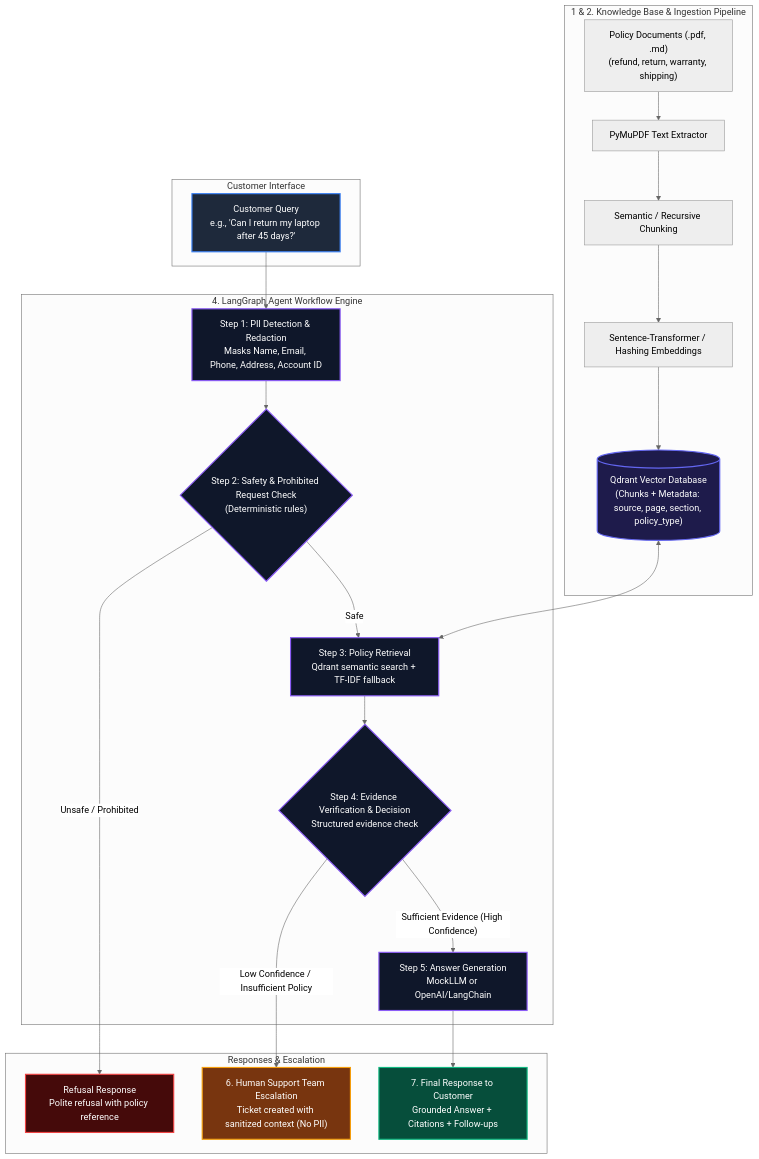
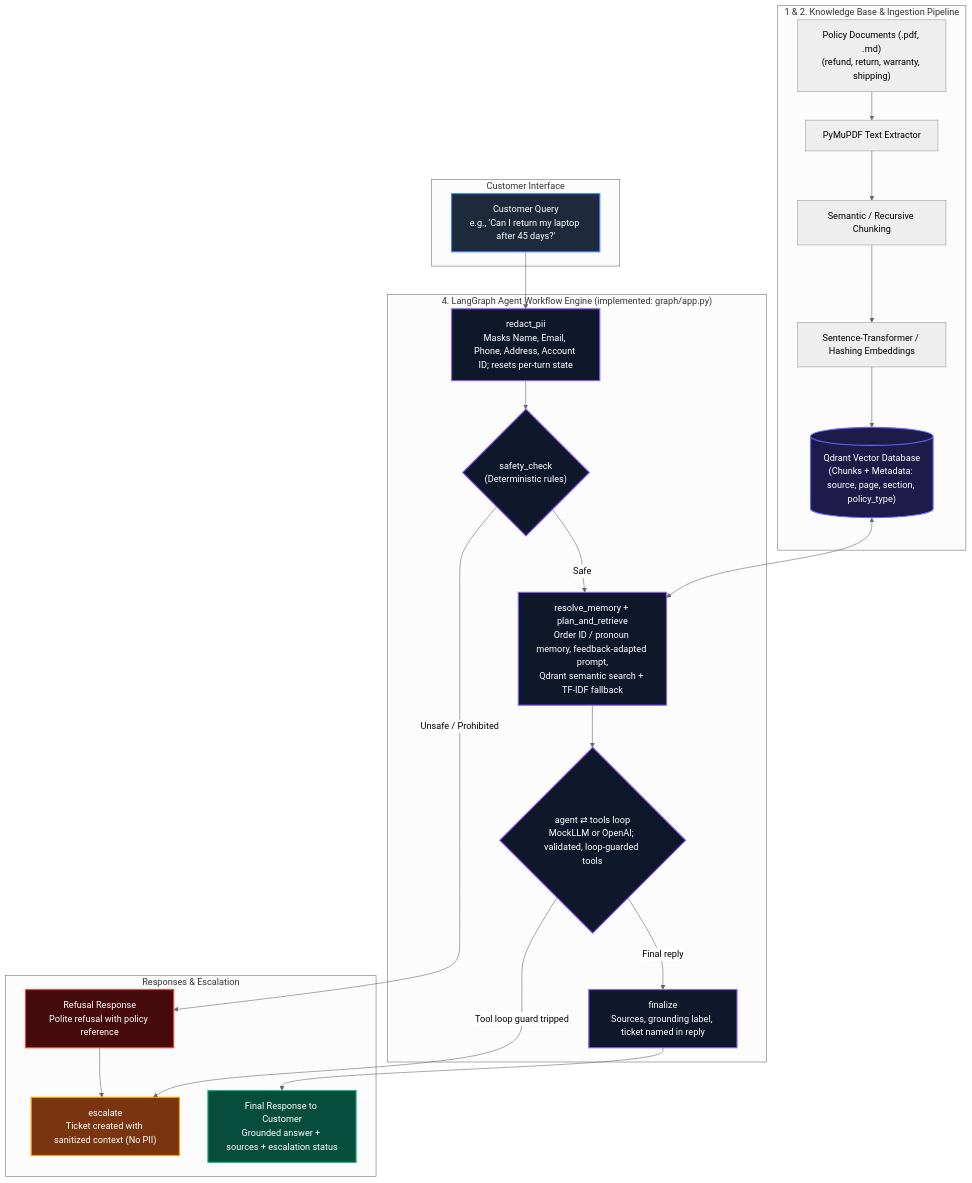
The first of 2 diagrams in capstone_project/docs/architecture_blueprint.md (Ramki2018/CustomerSupportAgent), drawn with Mermaid (neutral theme) before and after one commit. The commit also changed other lines of this file and 27 other files, not shown here.

````diff
--- a/capstone_project/docs/architecture_blueprint.md
+++ b/capstone_project/docs/architecture_blueprint.md
@@ -33,48 +33,49 @@
 ```mermaid
 flowchart TD
     %% Styling
     classDef inputStyle fill:#1e293b,stroke:#3b82f6,stroke-width:2px,color:#fff;
     classDef graphNode fill:#0f172a,stroke:#8b5cf6,stroke-width:2px,color:#fff;
     classDef safetyNode fill:#450a0a,stroke:#ef4444,stroke-width:2px,color:#fff;
     classDef dbStyle fill:#1e1b4b,stroke:#6366f1,stroke-width:2px,color:#fff;
     classDef successNode fill:#064e3b,stroke:#10b981,stroke-width:2px,color:#fff;
     classDef escNode fill:#78350f,stroke:#f59e0b,stroke-width:2px,color:#fff;
 
     subgraph Document_Ingestion ["1 & 2. Knowledge Base & Ingestion Pipeline"]
         PDFs["Policy Documents (.pdf, .md)\n(refund, return, warranty, shipping)"] --> PyMuPDF["PyMuPDF Text Extractor"]
         PyMuPDF --> Chunking["Semantic / Recursive Chunking"]
         Chunking --> Embed["Sentence-Transformer / Hashing Embeddings"]
         Embed --> Qdrant[("Qdrant Vector Database\n(Chunks + Metadata: source, page, section, policy_type)")]
     end
 
     subgraph User_Input ["Customer Interface"]
         UserQuery["Customer Query\ne.g., 'Can I return my laptop after 45 days?'"]:::inputStyle
     end
 
-    subgraph LangGraph_Workflow ["4. LangGraph Agent Workflow Engine"]
-        Node1["Step 1: PII Detection & Redaction\nMasks Name, Email, Phone, Address, Account ID"]:::graphNode
-        Node2{"Step 2: Safety & Prohibited Request Check\n(Deterministic rules)"}:::graphNode
-        Node3["Step 3: Policy Retrieval\nQdrant semantic search + TF-IDF fallback"]:::graphNode
-        Node4{"Step 4: Evidence Verification & Decision\nStructured evidence check"}:::graphNode
-        Node5["Step 5: Answer Generation\nMockLLM or OpenAI/LangChain"]:::graphNode
+    subgraph LangGraph_Workflow ["4. LangGraph Agent Workflow Engine (implemented: graph/app.py)"]
+        Node1["redact_pii\nMasks Name, Email, Phone, Address, Account ID; resets per-turn state"]:::graphNode
+        Node2{"safety_check\n(Deterministic rules)"}:::graphNode
+        Node3["resolve_memory + plan_and_retrieve\nOrder ID / pronoun memory, feedback-adapted prompt,\nQdrant semantic search + TF-IDF fallback"]:::graphNode
+        Node4{"agent ⇄ tools loop\nMockLLM or OpenAI; validated, loop-guarded tools"}:::graphNode
+        Node5["finalize\nSources, grounding label, ticket named in reply"]:::graphNode
     end
 
     subgraph Outputs ["Responses & Escalation"]
         RefusalReply["Refusal Response\nPolite refusal with policy reference"]:::safetyNode
-        Escalation["6. Human Support Team Escalation\nTicket created with sanitized context (No PII)"]:::escNode
-        FinalAnswer["7. Final Response to Customer\nGrounded Answer + Citations + Follow-ups"]:::successNode
+        Escalation["escalate\nTicket created with sanitized context (No PII)"]:::escNode
+        FinalAnswer["Final Response to Customer\nGrounded answer + sources + escalation status"]:::successNode
     end
 
     %% Workflow Connections
     UserQuery --> Node1
     Node1 --> Node2
     Node2 -- Unsafe / Prohibited --> RefusalReply
+    RefusalReply --> Escalation
     Node2 -- Safe --> Node3
     Qdrant <--> Node3
     Node3 --> Node4
-    Node4 -- Low Confidence / Insufficient Policy --> Escalation
-    Node4 -- Sufficient Evidence (High Confidence) --> Node5
+    Node4 -- Tool loop guard tripped --> Escalation
+    Node4 -- Final reply --> Node5
     Node5 --> FinalAnswer
 
     class Qdrant dbStyle;
 ```
````
